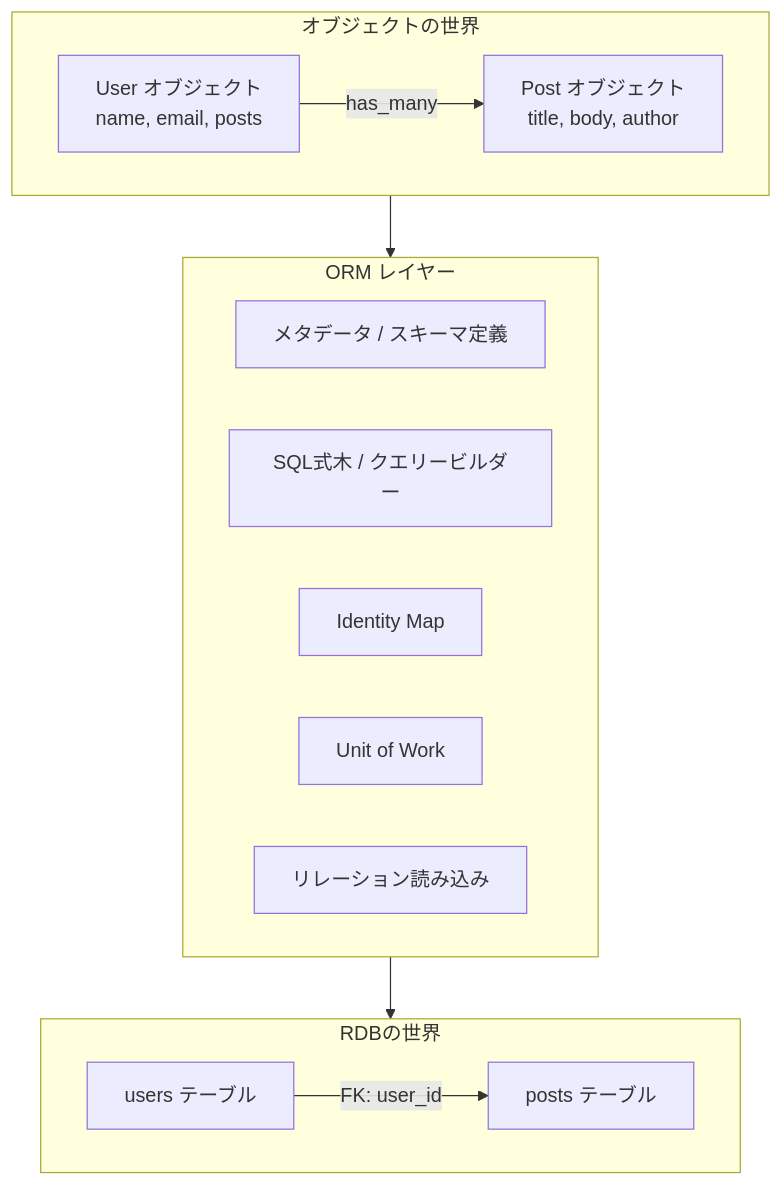
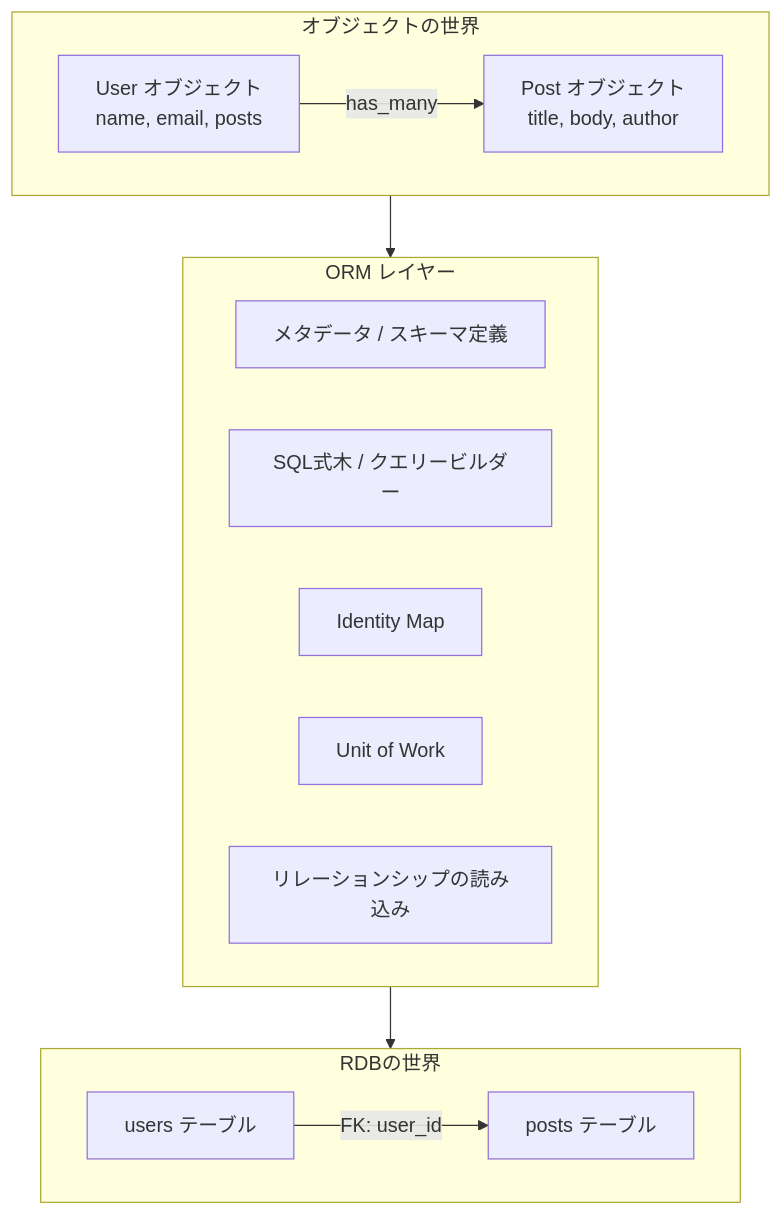
Before and after one commit to yoichiozaki/yoichiozaki.github.io: the first of 4 diagrams in content/blog/ja/orm-internals.mdx, drawn with Mermaid. The commit also changed other lines of this file and 220 other files, not shown here.

````diff
--- a/content/blog/ja/orm-internals.mdx
+++ b/content/blog/ja/orm-internals.mdx
@@ -16,22 +16,22 @@
 ```mermaid
 graph TB
     subgraph ObjWorld["オブジェクトの世界"]
         U["User オブジェクト<br/>name, email, posts"]
         P["Post オブジェクト<br/>title, body, author"]
         U -->|has_many| P
     end
     subgraph ORM["ORM レイヤー"]
         Meta["メタデータ / スキーマ定義"]
         QB["SQL式木 / クエリービルダー"]
         IM["Identity Map"]
         UOW["Unit of Work"]
-        RL["リレーション読み込み"]
+        RL["リレーションシップの読み込み"]
     end
     subgraph DBWorld["RDBの世界"]
         UT["users テーブル"]
         PT["posts テーブル"]
         UT -->|FK: user_id| PT
     end
     ObjWorld --> ORM
     ORM --> DBWorld
 ```
````
